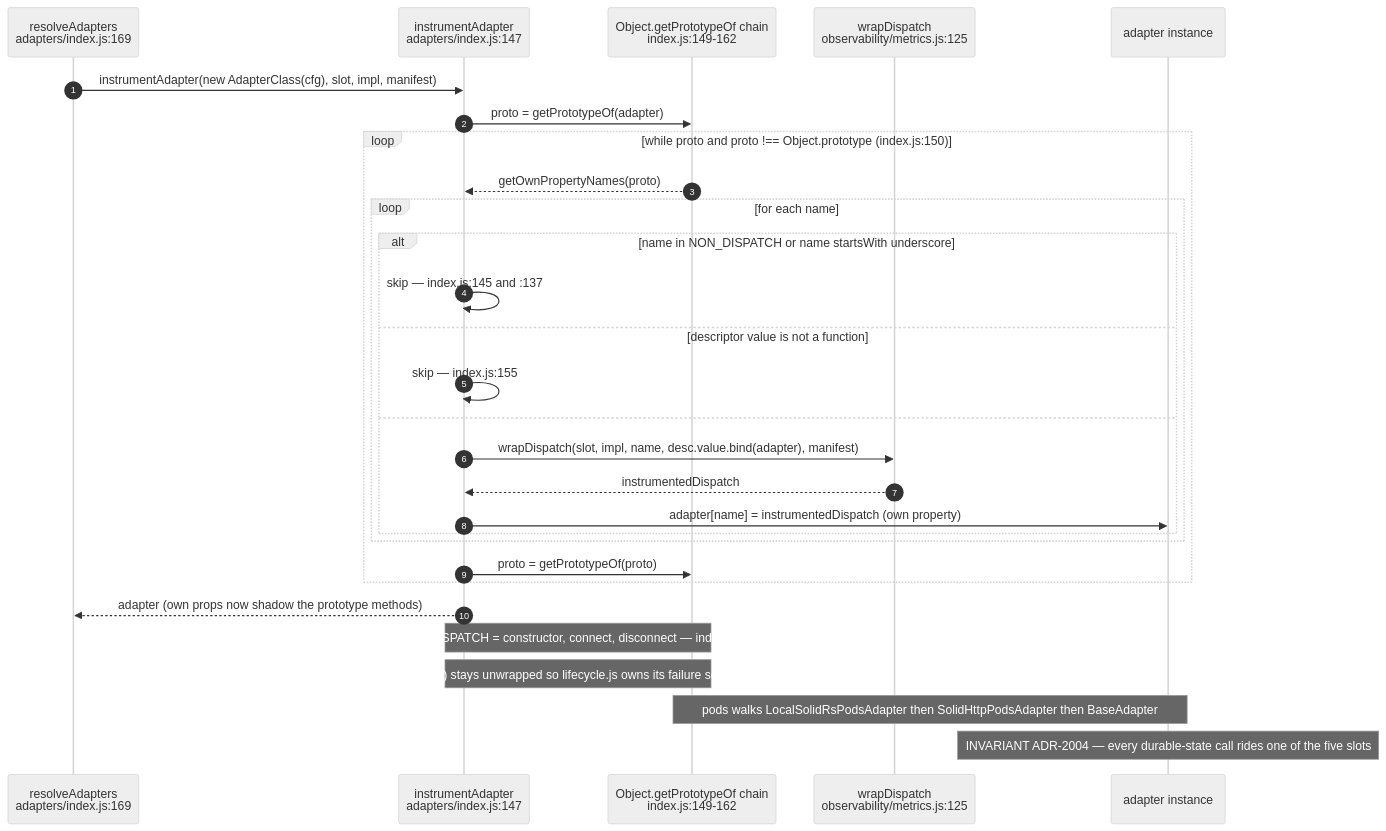
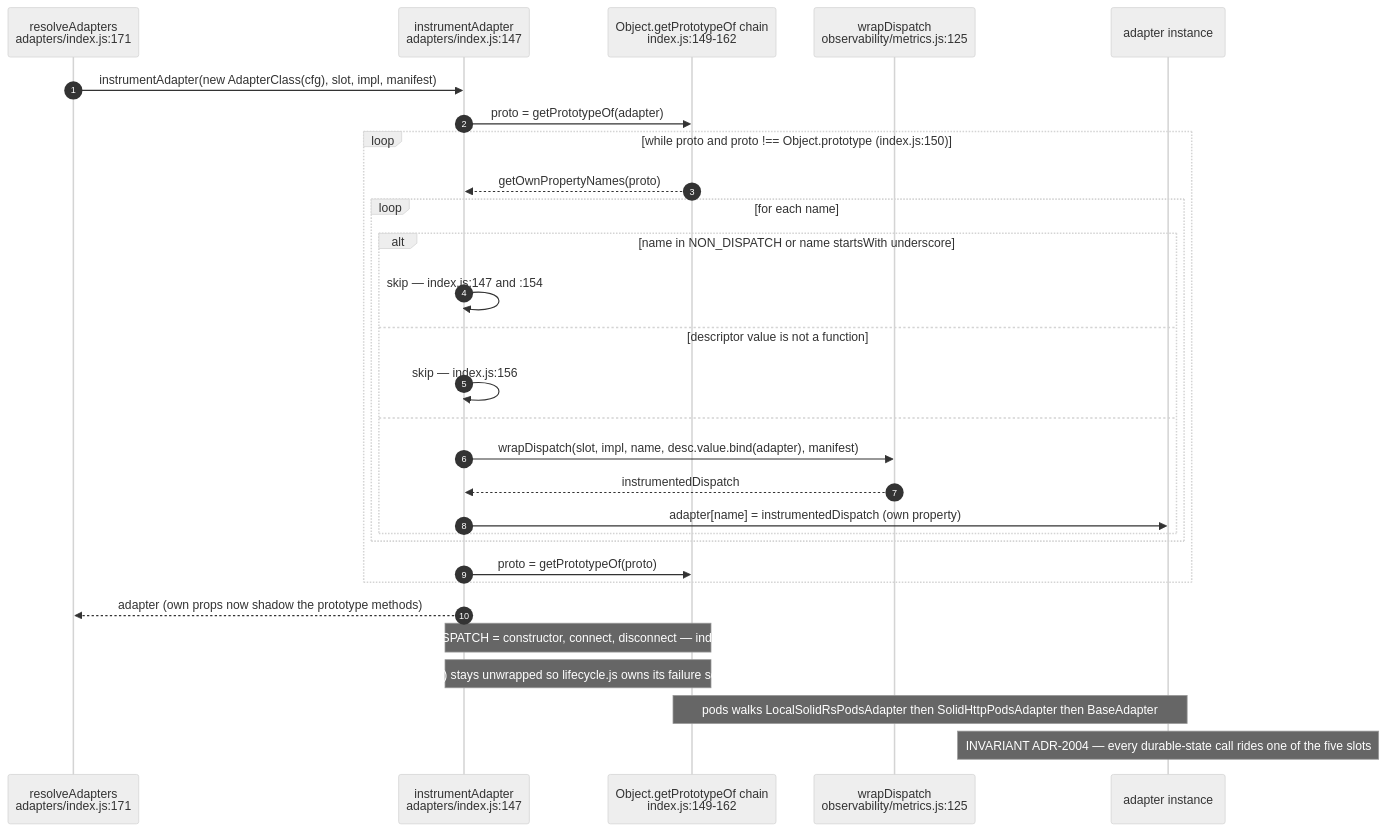
One commit to DreamLab-AI/VisionFlow changed the third of 15 diagrams in docs/diagrams/agentbox/04-adapter-spine.md. Above: the diagram before and after it, drawn with Mermaid (neutral theme). The commit also changed other lines of this file and 111 other files, not shown here.

Commit message:
docs(diagrams): align estate maps with current source

````diff
--- a/docs/diagrams/agentbox/04-adapter-spine.md
+++ b/docs/diagrams/agentbox/04-adapter-spine.md
@@ -147,32 +147,32 @@
 ```mermaid
 sequenceDiagram
     autonumber
-    participant RA as resolveAdapters<br/>adapters/index.js:169
+    participant RA as resolveAdapters<br/>adapters/index.js:171
     participant IA as instrumentAdapter<br/>adapters/index.js:147
     participant PR as Object.getPrototypeOf chain<br/>index.js:149-162
     participant WD as wrapDispatch<br/>observability/metrics.js:125
     participant A as adapter instance
 
     RA->>IA: instrumentAdapter(new AdapterClass(cfg), slot, impl, manifest)
     IA->>PR: proto = getPrototypeOf(adapter)
     loop while proto and proto !== Object.prototype (index.js:150)
         PR-->>IA: getOwnPropertyNames(proto)
         loop for each name
             alt name in NON_DISPATCH or name startsWith underscore
-                IA->>IA: skip — index.js:145 and :137
+                IA->>IA: skip — index.js:147 and :154
             else descriptor value is not a function
-                IA->>IA: skip — index.js:155
+                IA->>IA: skip — index.js:156
             else
                 IA->>WD: wrapDispatch(slot, impl, name, desc.value.bind(adapter), manifest)
                 WD-->>IA: instrumentedDispatch
                 IA->>A: adapter[name] = instrumentedDispatch (own property)
             end
         end
         IA->>PR: proto = getPrototypeOf(proto)
     end
     IA-->>RA: adapter (own props now shadow the prototype methods)
-    Note over IA,PR: NON_DISPATCH = constructor, connect, disconnect — index.js:145
+    Note over IA,PR: NON_DISPATCH = constructor, connect, disconnect — index.js:147
     Note over IA,PR: connect() stays unwrapped so lifecycle.js owns its failure semantics
     Note over PR,A: pods walks LocalSolidRsPodsAdapter then SolidHttpPodsAdapter then BaseAdapter
     Note over A: INVARIANT ADR-2004 — every durable-state call rides one of the five slots
 ```
````
